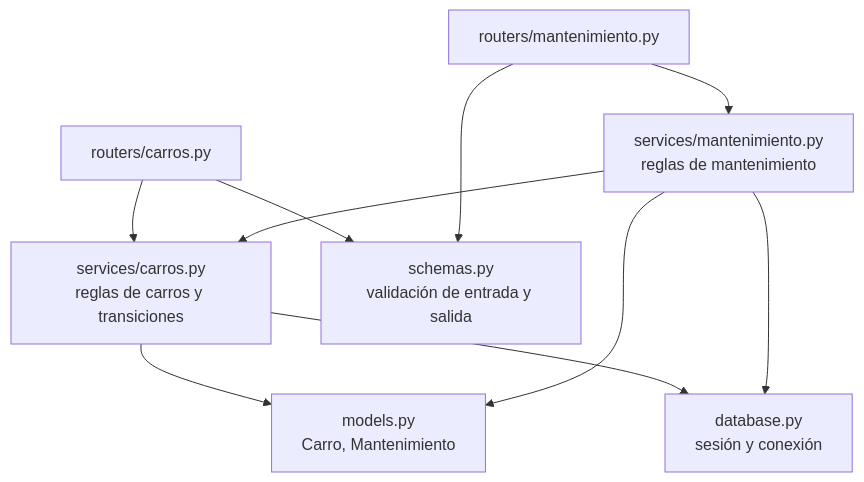
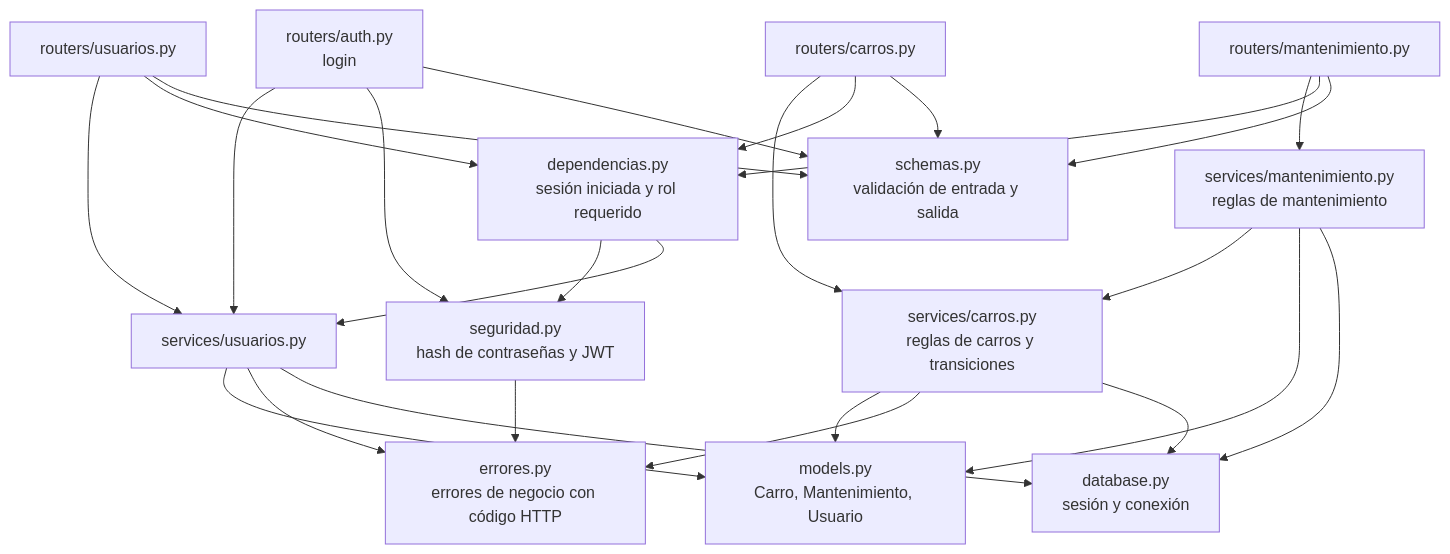
The third of 3 diagrams in docs/arquitectura.md (Jazzon001/Container-Tracking), drawn with Mermaid before and after one commit. The commit also changed other lines of this file, not shown here.

Commit message:
docs: actualizar arquitectura con seguridad

````diff
--- a/docs/arquitectura.md
+++ b/docs/arquitectura.md
@@ -47,20 +47,41 @@
 ```mermaid
 flowchart TB
+    rauth["routers/auth.py<br/>login"]
+    rusu["routers/usuarios.py"]
     rc["routers/carros.py"]
     rm["routers/mantenimiento.py"]
+    dep["dependencias.py<br/>sesión iniciada y rol requerido"]
+    seg["seguridad.py<br/>hash de contraseñas y JWT"]
+    su["services/usuarios.py"]
     sc["services/carros.py<br/>reglas de carros y transiciones"]
     sm["services/mantenimiento.py<br/>reglas de mantenimiento"]
-    mod["models.py<br/>Carro, Mantenimiento"]
+    err["errores.py<br/>errores de negocio con código HTTP"]
+    mod["models.py<br/>Carro, Mantenimiento, Usuario"]
     sch["schemas.py<br/>validación de entrada y salida"]
     db["database.py<br/>sesión y conexión"]
 
+    rauth --> su
+    rauth --> seg
+    rusu --> su
     rc --> sc
     rm --> sm
     sm --> sc
+    rusu --> dep
+    rc --> dep
+    rm --> dep
+    dep --> seg
+    dep --> su
+    su --> mod
     sc --> mod
     sm --> mod
+    su --> err
+    sc --> err
+    seg --> err
     rc --> sch
     rm --> sch
+    rauth --> sch
+    rusu --> sch
+    su --> db
     sc --> db
     sm --> db
 ```
````
